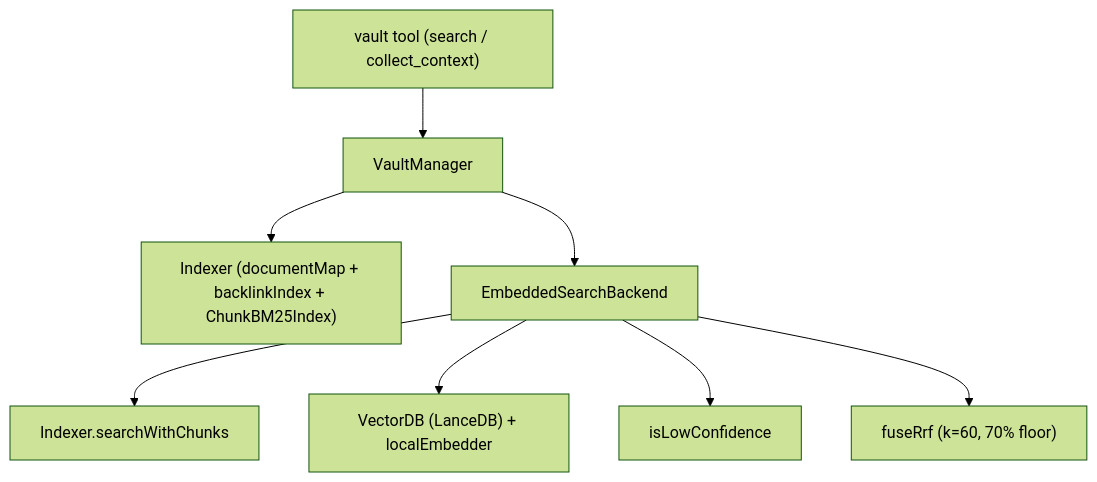
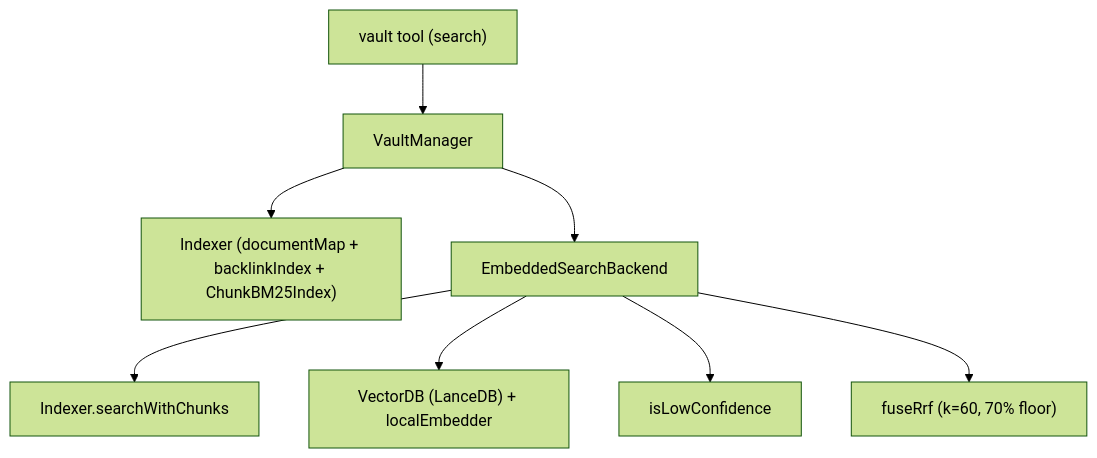
The diagram in docs/embedded-search-improvement-spec.md (sunub/obsidian-mcp-server), drawn with Mermaid (forest theme) before and after one commit. The commit also changed 22 other files, not shown here.

First line of the commit message:
refactor!: vault의 collect_context 액션 제거

````diff
--- a/docs/embedded-search-improvement-spec.md
+++ b/docs/embedded-search-improvement-spec.md
@@ -22,10 +22,10 @@
 ```mermaid
 flowchart TD
-    Tool["vault tool (search / collect_context)"] --> VM["VaultManager"]
+    Tool["vault tool (search)"] --> VM["VaultManager"]
     VM --> Meta["Indexer (documentMap + backlinkIndex + ChunkBM25Index)"]
     VM --> Emb["EmbeddedSearchBackend"]
     Emb --> BM25["Indexer.searchWithChunks"]
     Emb --> Vec["VectorDB (LanceDB) + localEmbedder"]
     Emb --> Confidence["isLowConfidence"]
     Emb --> Fusion["fuseRrf (k=60, 70% floor)"]
 ```
````
